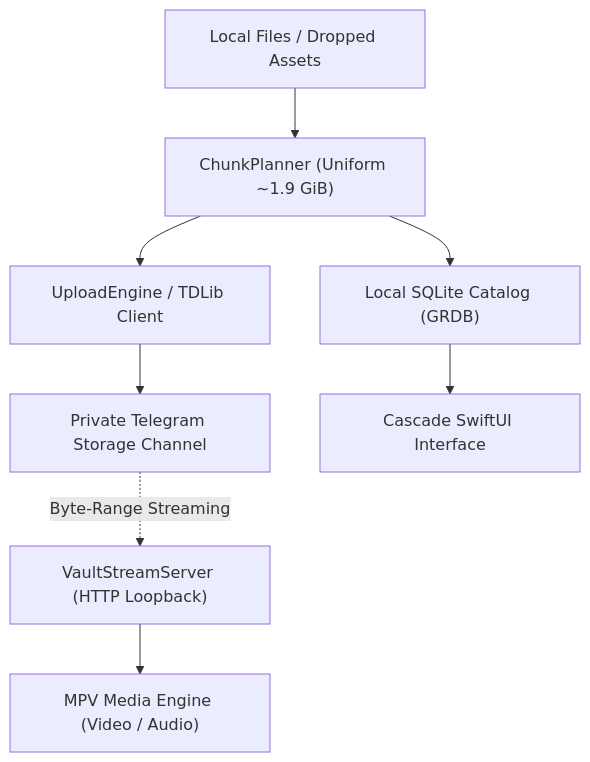
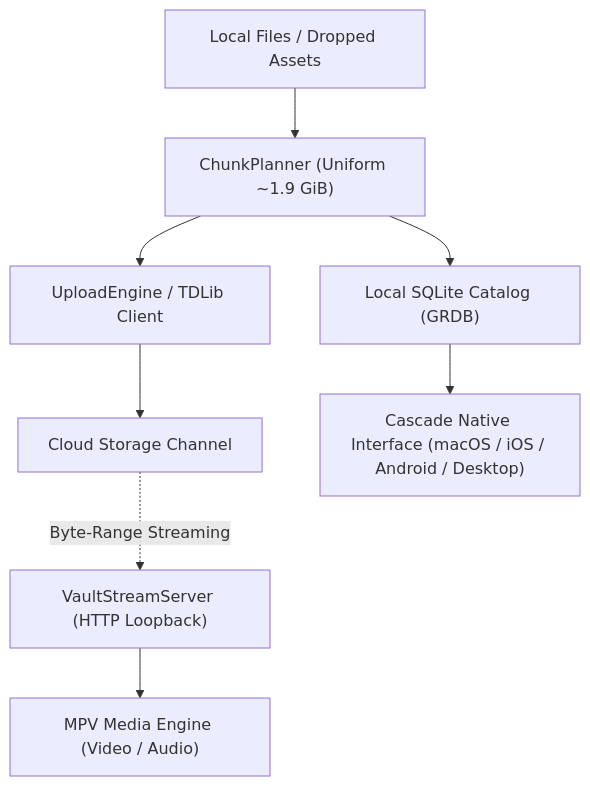
One commit to entanglon/cascade changed the diagram in README.md. Above: the diagram before and after it, drawn with Mermaid. The commit also changed other lines of this file, not shown here.

````diff
--- a/README.md
+++ b/README.md
@@ -66,12 +81,12 @@
 ```mermaid
 graph TD
     A["Local Files / Dropped Assets"] --> B["ChunkPlanner (Uniform ~1.9 GiB)"]
     B --> C["UploadEngine / TDLib Client"]
-    C --> D["Private Telegram Storage Channel"]
+    C --> D["Cloud Storage Channel"]
 
     D -.->|Byte-Range Streaming| E["VaultStreamServer (HTTP Loopback)"]
     E --> F["MPV Media Engine (Video / Audio)"]
     
     B --> G["Local SQLite Catalog (GRDB)"]
-    G --> H["Cascade SwiftUI Interface"]
+    G --> H["Cascade Native Interface (macOS / iOS / Android / Desktop)"]
 ```
````
